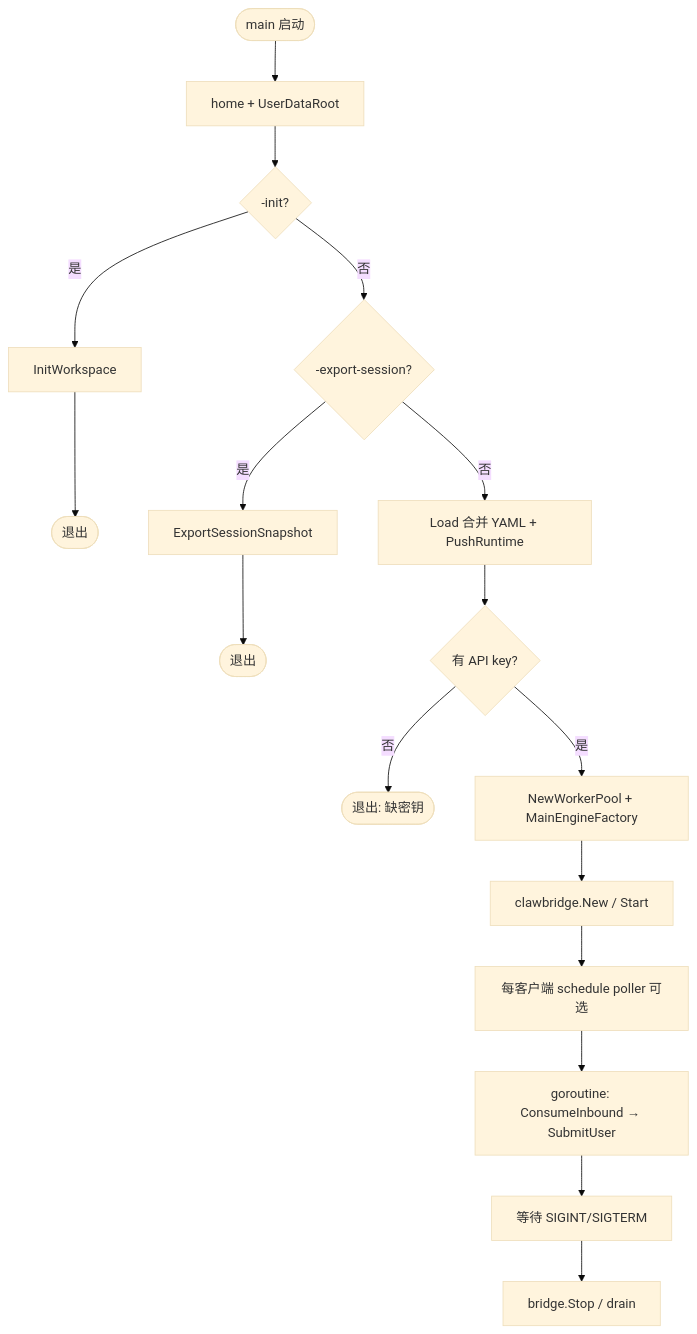
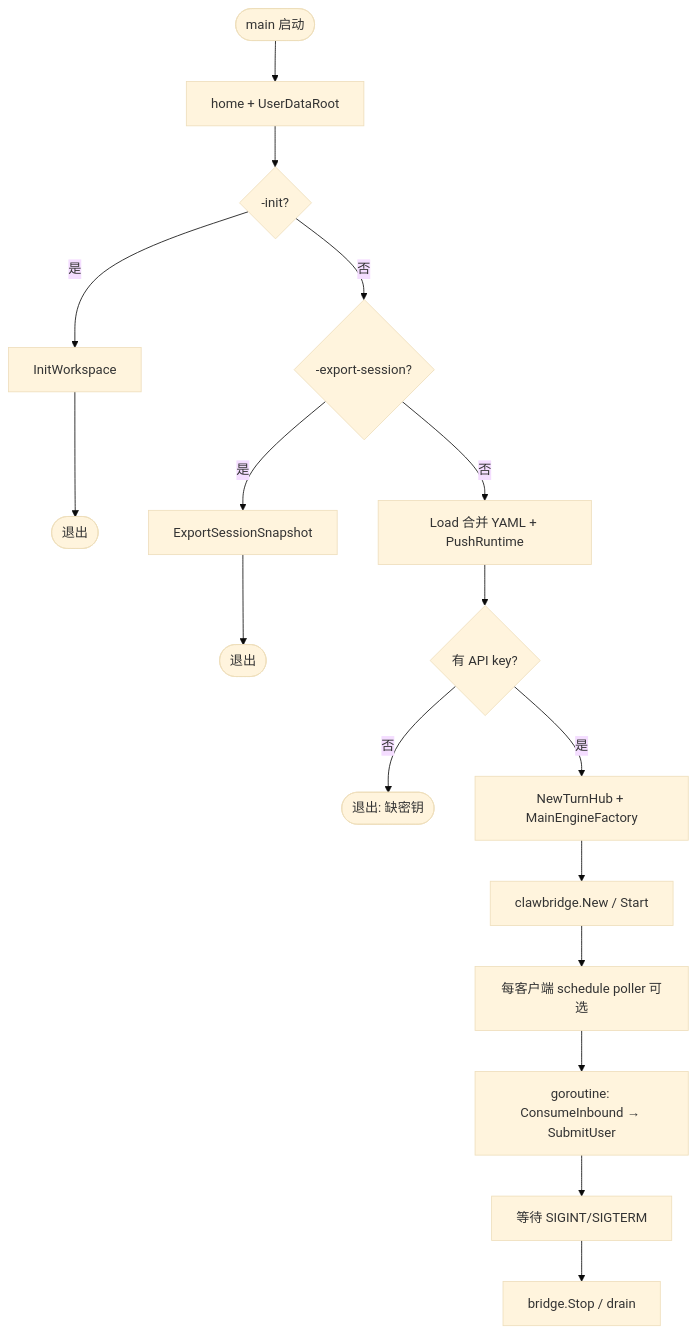
The first of 5 diagrams in docs/runtime-flow.md (lengzhao/oneclaw), drawn with Mermaid (base theme) before and after one commit. The commit also changed other lines of this file and 83 other files, not shown here.

````diff
--- a/docs/runtime-flow.md
+++ b/docs/runtime-flow.md
@@ -19,17 +19,17 @@
 ```mermaid
 flowchart TB
   start([main 启动]) --> home[home + UserDataRoot]
   home --> init{-init?}
   init -->|是| ws[InitWorkspace] --> exit1([退出])
   init -->|否| exp{-export-session?}
   exp -->|是| snap[ExportSessionSnapshot] --> exit05([退出])
   exp -->|否| load[Load 合并 YAML + PushRuntime]
   load --> api{有 API key?}
   api -->|否| err([退出: 缺密钥])
-  api -->|是| pool[NewWorkerPool + MainEngineFactory]
-  pool --> cb[clawbridge.New / Start]
+  api -->|是| hub[NewTurnHub + MainEngineFactory]
+  hub --> cb[clawbridge.New / Start]
   cb --> poll[每客户端 schedule poller 可选]
   poll --> loop[goroutine: ConsumeInbound → SubmitUser]
   loop --> sig[等待 SIGINT/SIGTERM]
   sig --> shutdown[bridge.Stop / drain]
 ```
````
